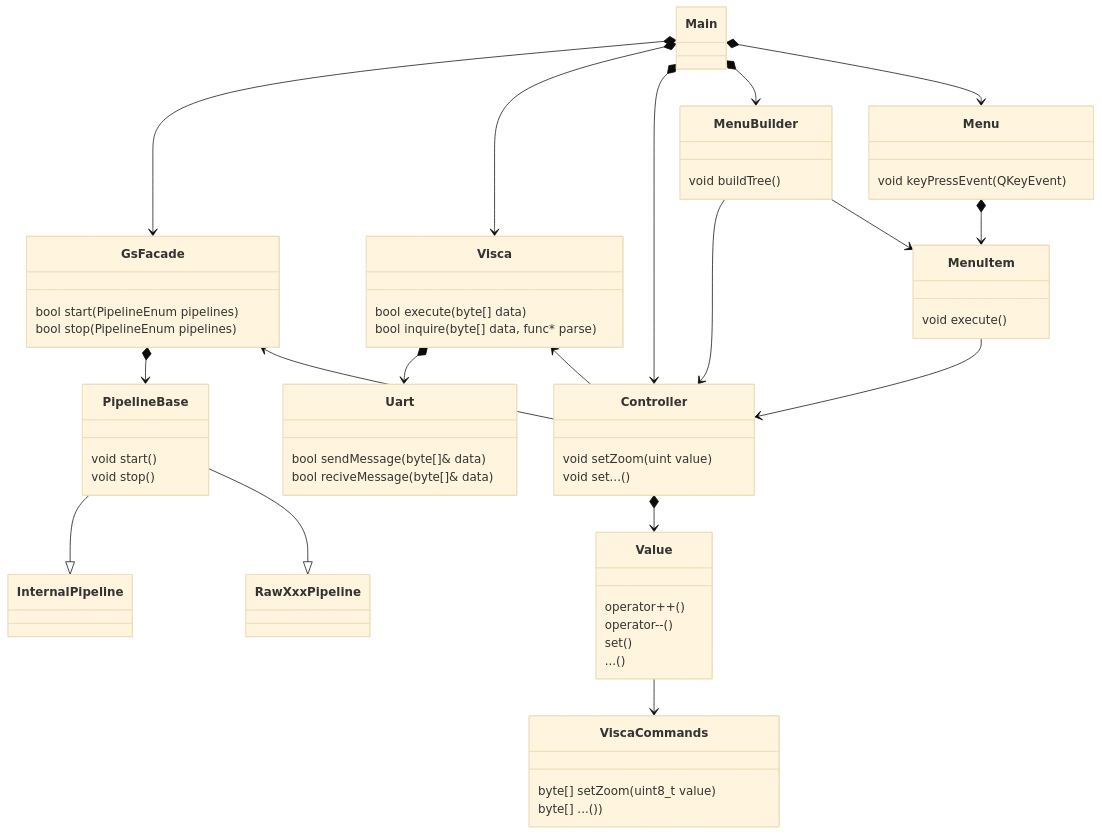
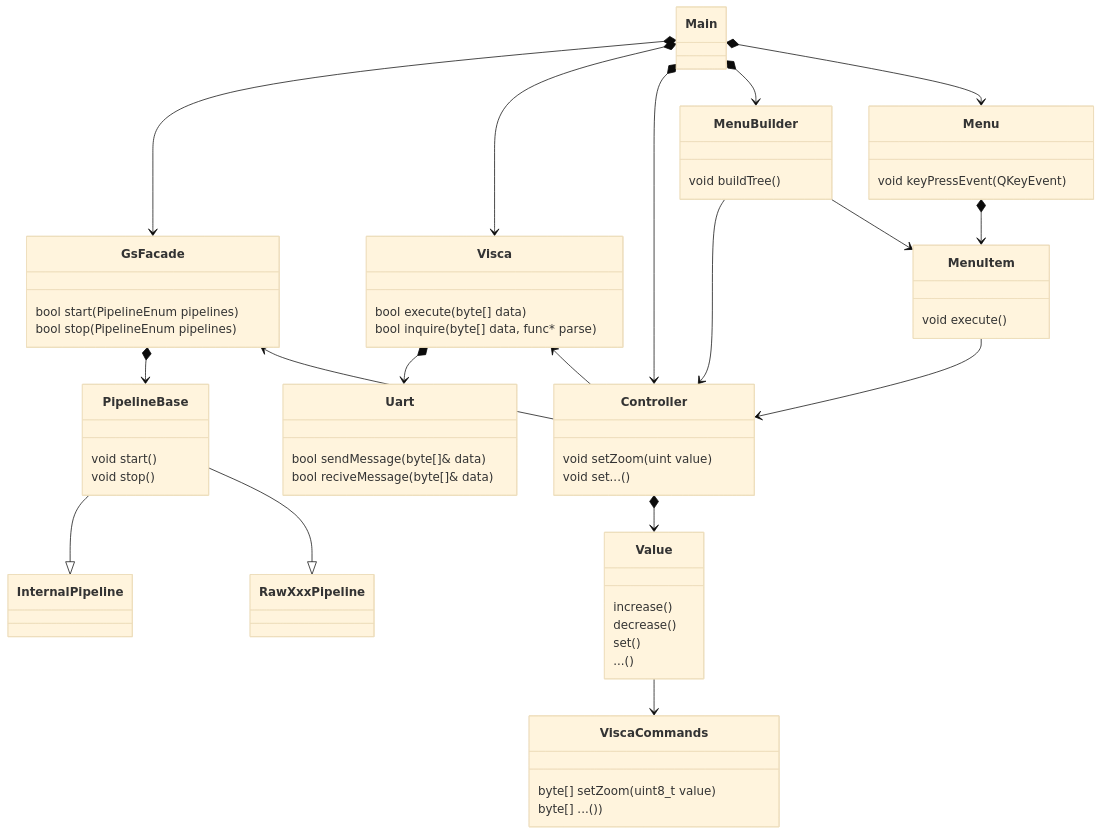
Before and after one commit to vesmil/Seimar-project: the fourth of 4 diagrams in notes.md, drawn with Mermaid (base theme). The commit also changed other lines of this file and 10 other files, not shown here.

````diff
--- a/notes.md
+++ b/notes.md
@@ -230,69 +230,69 @@
 ```mermaid
 classDiagram
 	Main *-->  GsFacade
 	Main *-->  Visca
 	Visca *--> Uart
 	Main *-->  Controller
 	Main *-->  MenuBuilder
 	MenuBuilder --> Controller
 	Main *-->  Menu
 	MenuBuilder --> MenuItem
 	MenuItem --> Controller
 	Visca <-- Controller
 	Menu *--> MenuItem
 	GsFacade *--> PipelineBase
 	PipelineBase --|> InternalPipeline
     PipelineBase --|> RawXxxPipeline
 	GsFacade <-- Controller
 	Controller *--> Value
 	Value --> ViscaCommands
 	
 	class MenuBuilder {
 		void buildTree()
 	}
 	
     class Menu {
 		void keyPressEvent(QKeyEvent)
 	}
 	
 	class MenuItem {
 		void execute()
 	}
 	
     class Controller {
 		void setZoom(uint value)
 		void set...()
 	}
 	
 	class Visca {
 		bool execute(byte[] data)
 		bool inquire(byte[] data, func* parse)
 	}
 	
 	class Uart {
 		bool sendMessage(byte[]& data)
 		bool reciveMessage(byte[]& data)
 	}
 	
     class GsFacade {
 		bool start(PipelineEnum pipelines)
 		bool stop(PipelineEnum pipelines)
 	}
 	
 	class PipelineBase {
 		void start()
 		void stop()
 	}
 	
 	class ViscaCommands {
 		byte[] setZoom(uint8_t value)
 		byte[] ...())
 	}
 	
 	class Value {
-		operator++()
-		operator--()
+		increase()
+		decrease()
 		set()
 		...()
 	}	
 ```
````
